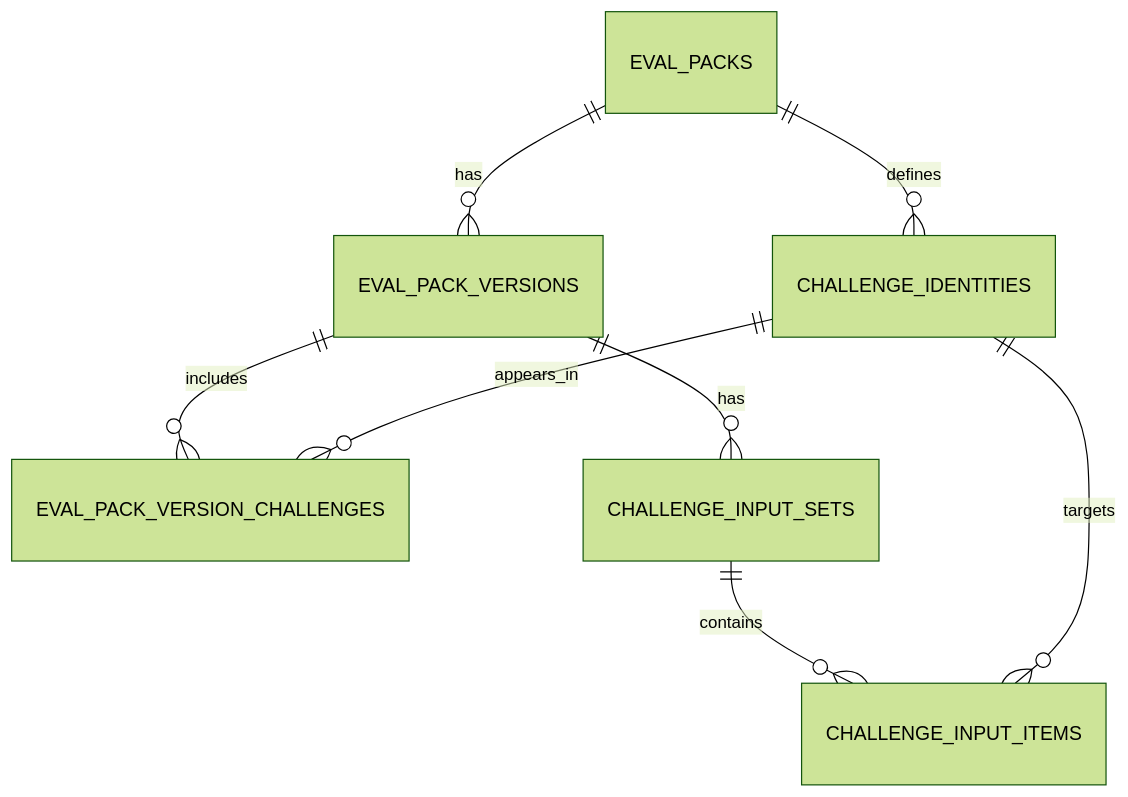
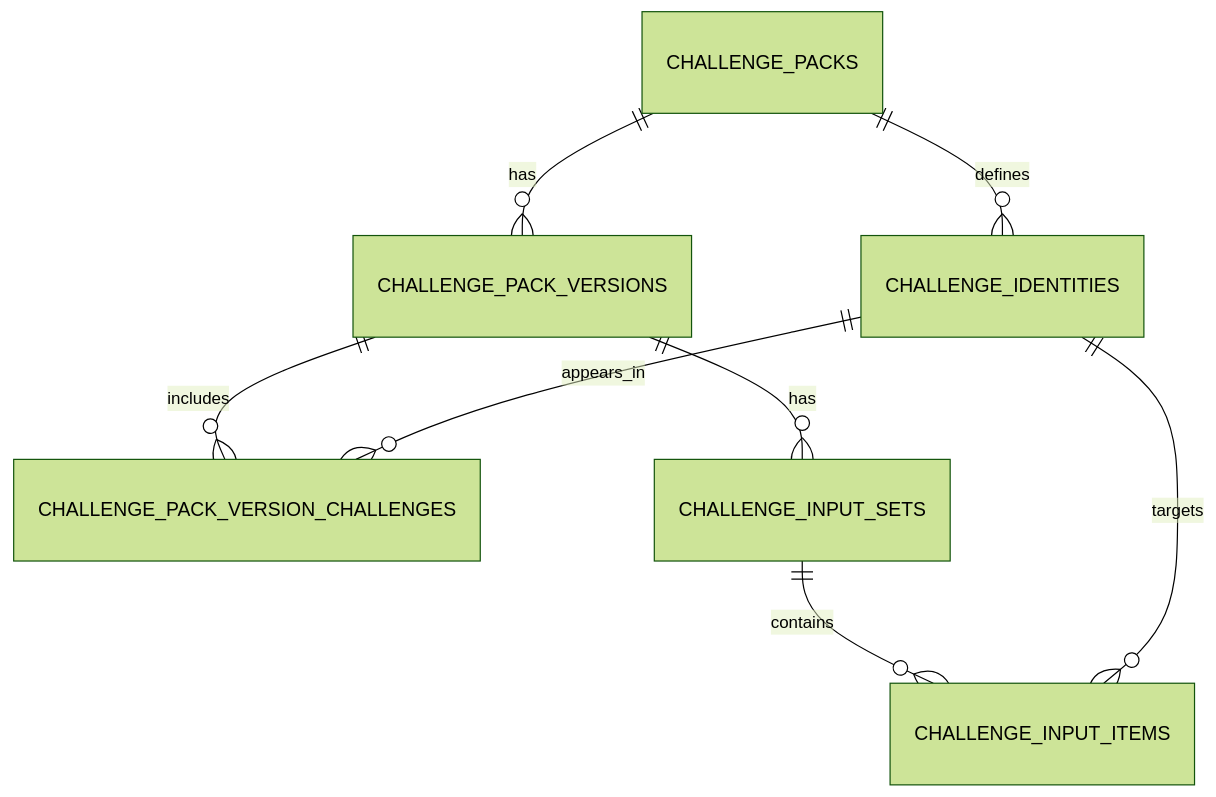
Before and after one commit to agentclash/agentclash: the third of 6 diagrams in docs/database/schema-diagram.md, drawn with Mermaid (forest theme). The commit also changed other lines of this file and 675 other files, not shown here.

First line of the commit message:
Revert "Merge pull request #1121 from agentclash/rename/challenge-pack-to-eval-pack"

````diff
--- a/docs/database/schema-diagram.md
+++ b/docs/database/schema-diagram.md
@@ -71,10 +71,10 @@
 ```mermaid
 erDiagram
-    EVAL_PACKS ||--o{ EVAL_PACK_VERSIONS : has
-    EVAL_PACKS ||--o{ CHALLENGE_IDENTITIES : defines
-    EVAL_PACK_VERSIONS ||--o{ EVAL_PACK_VERSION_CHALLENGES : includes
-    CHALLENGE_IDENTITIES ||--o{ EVAL_PACK_VERSION_CHALLENGES : appears_in
-    EVAL_PACK_VERSIONS ||--o{ CHALLENGE_INPUT_SETS : has
+    CHALLENGE_PACKS ||--o{ CHALLENGE_PACK_VERSIONS : has
+    CHALLENGE_PACKS ||--o{ CHALLENGE_IDENTITIES : defines
+    CHALLENGE_PACK_VERSIONS ||--o{ CHALLENGE_PACK_VERSION_CHALLENGES : includes
+    CHALLENGE_IDENTITIES ||--o{ CHALLENGE_PACK_VERSION_CHALLENGES : appears_in
+    CHALLENGE_PACK_VERSIONS ||--o{ CHALLENGE_INPUT_SETS : has
     CHALLENGE_INPUT_SETS ||--o{ CHALLENGE_INPUT_ITEMS : contains
     CHALLENGE_IDENTITIES ||--o{ CHALLENGE_INPUT_ITEMS : targets
 ```
````
